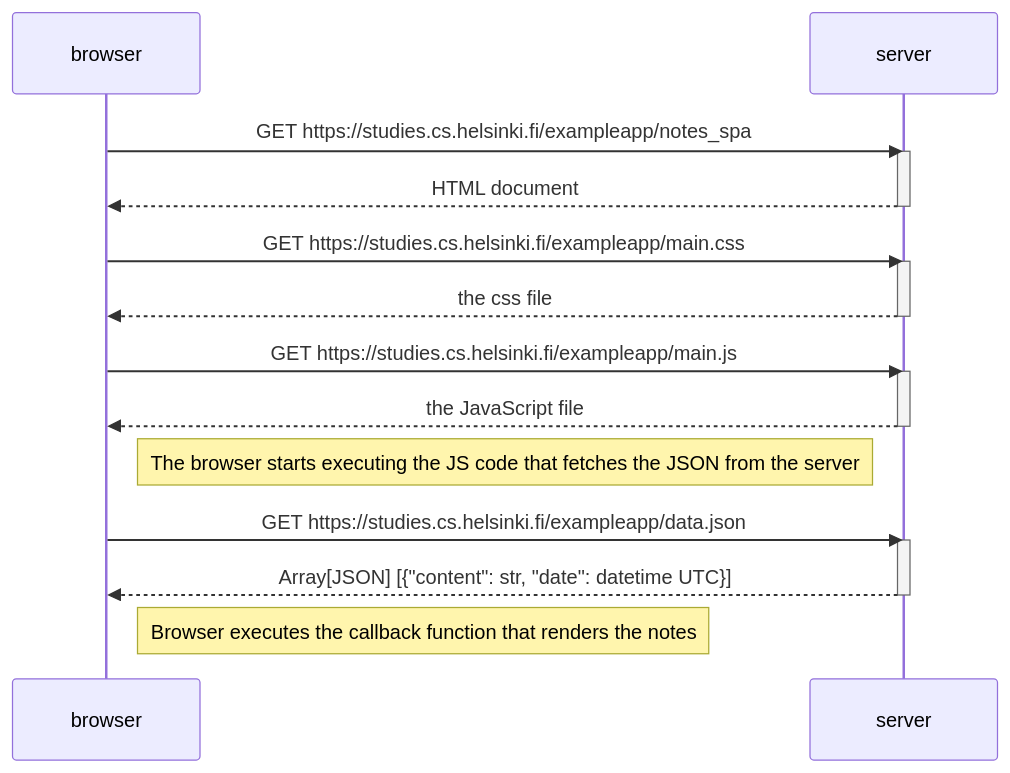
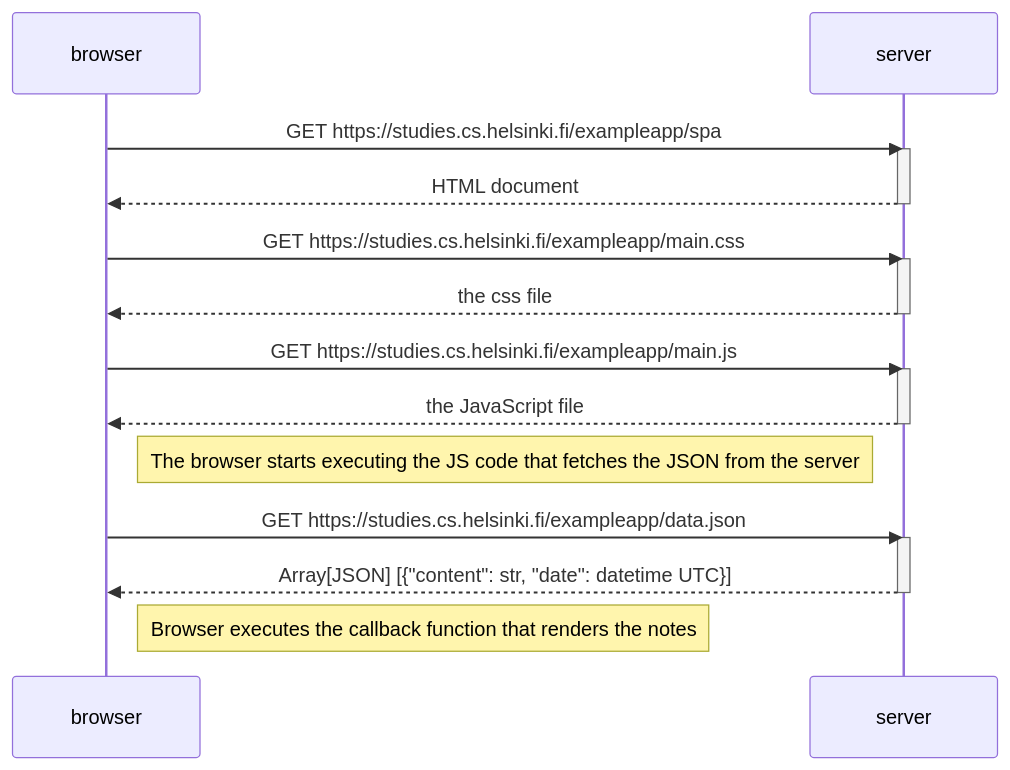
One commit to danielcieslak/Full-Stack-Open-Course changed the diagram in Part 0/0.5: Single page app diagram.md. Above: the diagram before and after it, drawn with Mermaid.

Commit message:
Update SPA diagram URL from notes_spa to spa

````diff
--- a/Part 0/0.5: Single page app diagram.md
+++ b/Part 0/0.5: Single page app diagram.md
@@ -1,29 +1,29 @@
 ```mermaid
 sequenceDiagram
     participant browser
     participant server
 
-    browser->>server: GET https://studies.cs.helsinki.fi/exampleapp/notes_spa
+    browser->>server: GET https://studies.cs.helsinki.fi/exampleapp/spa
     activate server
     server-->>browser: HTML document
     deactivate server
 
     browser->>server: GET https://studies.cs.helsinki.fi/exampleapp/main.css
     activate server
     server-->>browser: the css file
     deactivate server
 
     browser->>server: GET https://studies.cs.helsinki.fi/exampleapp/main.js
     activate server
     server-->>browser: the JavaScript file
     deactivate server
 
     Note right of browser: The browser starts executing the JS code that fetches the JSON from the server
 
     browser->>server: GET https://studies.cs.helsinki.fi/exampleapp/data.json
     activate server
     server-->>browser:  Array[JSON] [{"content": str, "date": datetime UTC}] 
     deactivate server
 
     Note right of browser: Browser executes the callback function that renders the notes
 ```
````
